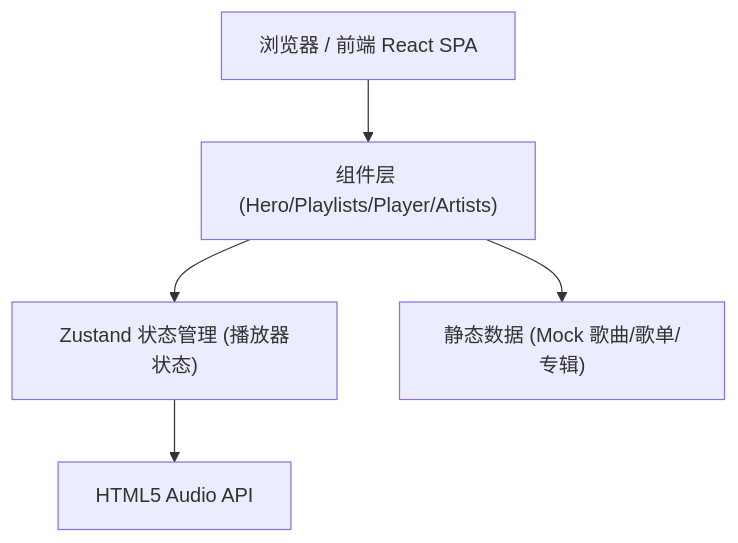
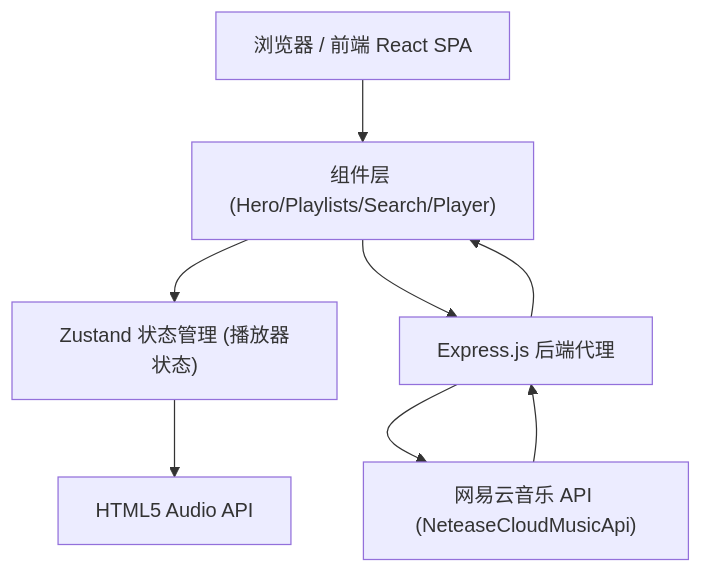
The diagram in .trae/documents/TECH.md (Fionn7/Music), drawn with Mermaid before and after one commit. The commit also changed other lines of this file and 25 other files, not shown here.

````diff
--- a/.trae/documents/TECH.md
+++ b/.trae/documents/TECH.md
@@ -5,13 +5,17 @@
 ```mermaid
 graph TD
     Browser["浏览器 / 前端 React SPA"]
     State["Zustand 状态管理 (播放器状态)"]
-    Components["组件层 (Hero/Playlists/Player/Artists)"]
-    Data["静态数据 (Mock 歌曲/歌单/专辑)"]
+    Components["组件层 (Hero/Playlists/Search/Player)"]
     Audio["HTML5 Audio API"]
+    Express["Express.js 后端代理"]
+    Netease["网易云音乐 API (NeteaseCloudMusicApi)"]
 
     Browser --> Components
     Components --> State
     State --> Audio
-    Components --> Data
+    Components --> Express
+    Express --> Netease
+    Netease --> Express
+    Express --> Components
 ```
````
